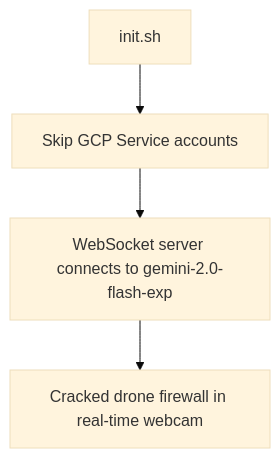
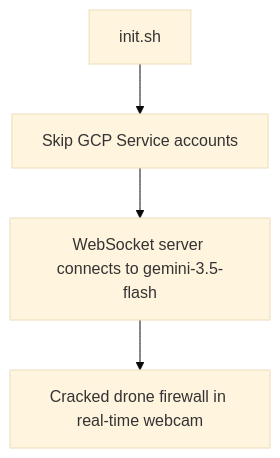
One commit to giterinhub/way-back-home changed the fourth of 6 diagrams in student_walkthrough.md. Above: the diagram before and after it, drawn with Mermaid (base theme). The commit also changed other lines of this file and 31 other files, not shown here.

Commit message:
feat: centralize all models in workshop.config.json and migrate to gemini-3.5-flash and gemini-3.1-flash-image-preview

````diff
--- a/student_walkthrough.md
+++ b/student_walkthrough.md
@@ -137,6 +137,6 @@
 ```mermaid
 graph TD
     A[init.sh] --> B[Skip GCP Service accounts]
-    B --> C[WebSocket server connects to gemini-2.0-flash-exp]
+    B --> C[WebSocket server connects to gemini-3.5-flash]
     C --> D[Cracked drone firewall in real-time webcam]
 ```
````
